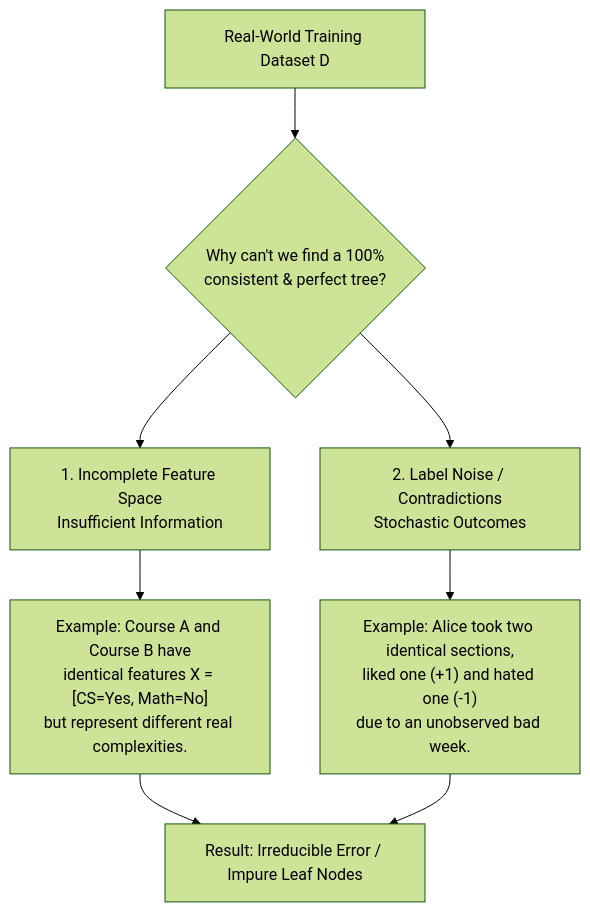
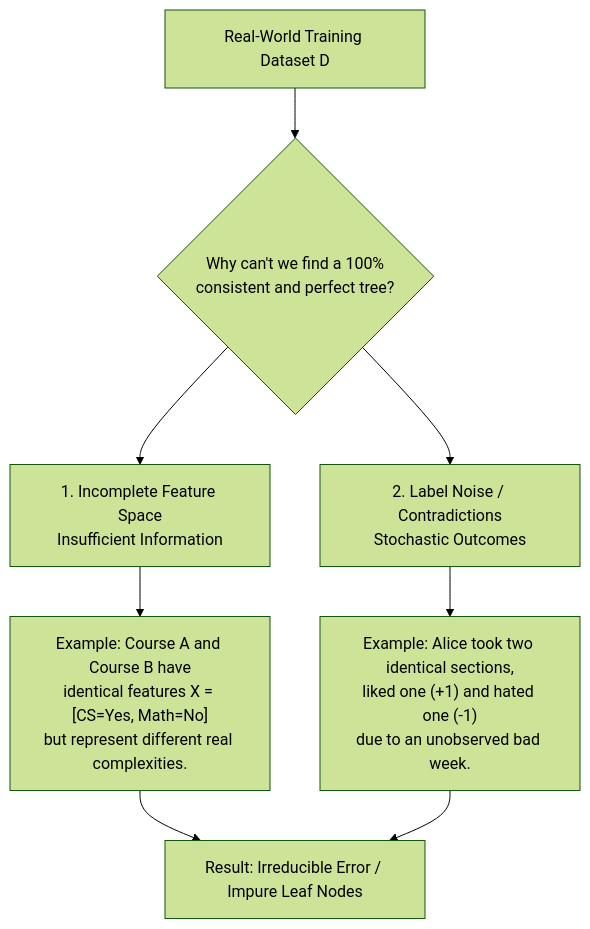
The first of 6 diagrams in ML-Basic/Limits-of-Learning-2.md (Tikam321/MachineLearning), drawn with Mermaid (forest theme) before and after one commit. The commit also changed other lines of this file, not shown here.

````diff
--- a/ML-Basic/Limits-of-Learning-2.md
+++ b/ML-Basic/Limits-of-Learning-2.md
@@ -21,11 +24,12 @@
 ```mermaid
 graph TD
-    A[Real-World Training Dataset D] --> B{Why can't we find a 100%<br>consistent & perfect tree?}
-    B --> C[1. Incomplete Feature Space<br>Insufficient Information]
-    B --> D[2. Label Noise / Contradictions<br>Stochastic Outcomes]
+    A["Real-World Training Dataset D"] --> B{"Why can't we find a 100%<br/>consistent and perfect tree?"}
+    B --> C["1. Incomplete Feature Space<br/>Insufficient Information"]
+    B --> D["2. Label Noise / Contradictions<br/>Stochastic Outcomes"]
     
-    C --> C1["Example: Course A and Course B have<br>identical features X = [CS=Yes, Math=No]<br>but represent different real complexities."]
-    D --> D1["Example: Alice took two identical sections,<br>liked one (+1) and hated one (-1)<br>due to an unobserved bad week."]
+    C --> C1["Example: Course A and Course B have<br/>identical features X = [CS=Yes, Math=No]<br/>but represent different real complexities."]
+    D --> D1["Example: Alice took two identical sections,<br/>liked one (+1) and hated one (-1)<br/>due to an unobserved bad week."]
     
-    C1 & D1 --> E[Result: Irreducible Error / Impure Leaf Nodes]
+    C1 --> E["Result: Irreducible Error / Impure Leaf Nodes"]
+    D1 --> E
 ```
````
